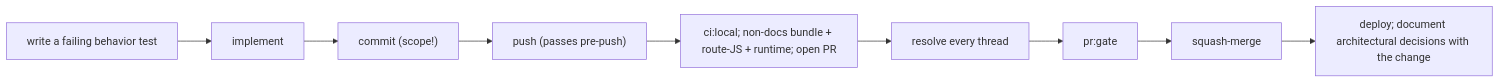
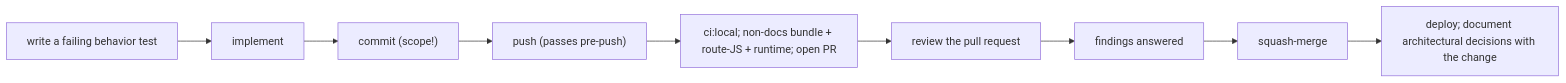
The diagram in docs/handbook/onboarding.md (erikunha/portfolio), drawn with Mermaid before and after one commit. The commit also changed 28 other files, not shown here.

````diff
--- a/docs/handbook/onboarding.md
+++ b/docs/handbook/onboarding.md
@@ -26,8 +26,8 @@
 ```mermaid
 flowchart LR
     tdd["write a failing behavior test"] --> edit["implement"] --> commit["commit (scope!)"]
     commit --> push["push (passes pre-push)"]
     push --> pr["ci:local; non-docs bundle + route-JS + runtime; open PR"]
-    pr --> conv["resolve every thread"] --> ready["pr:gate"] --> merge["squash-merge"]
+    pr --> conv["review the pull request"] --> ready["findings answered"] --> merge["squash-merge"]
     merge --> deploy["deploy; document architectural decisions with the change"]
 ```
````
